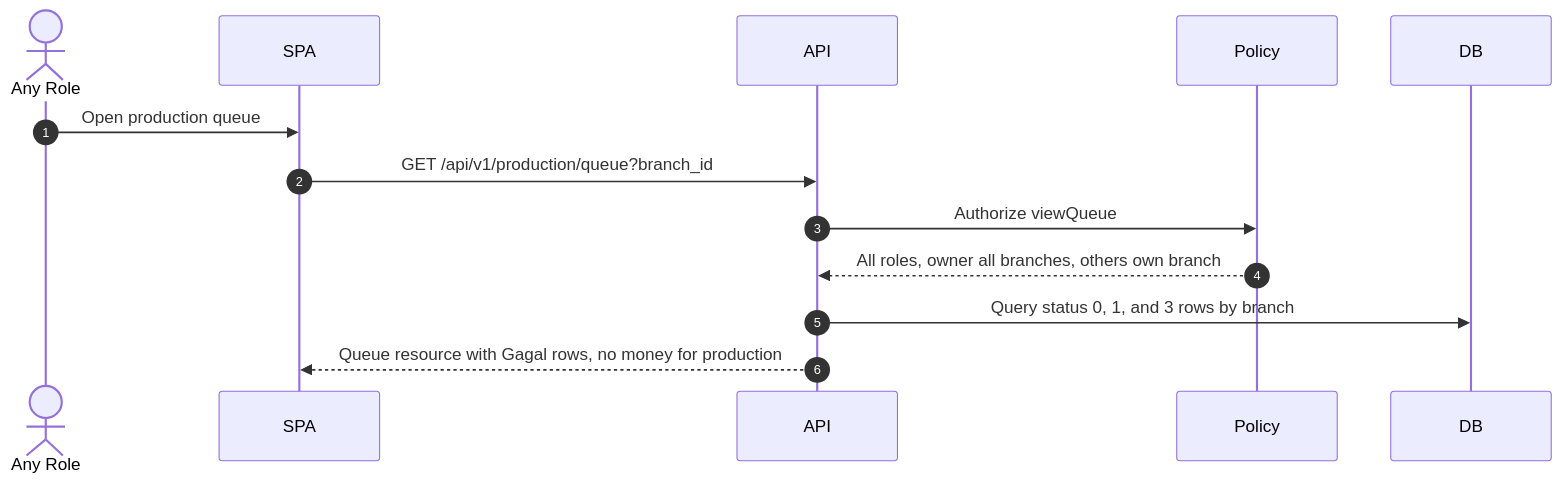
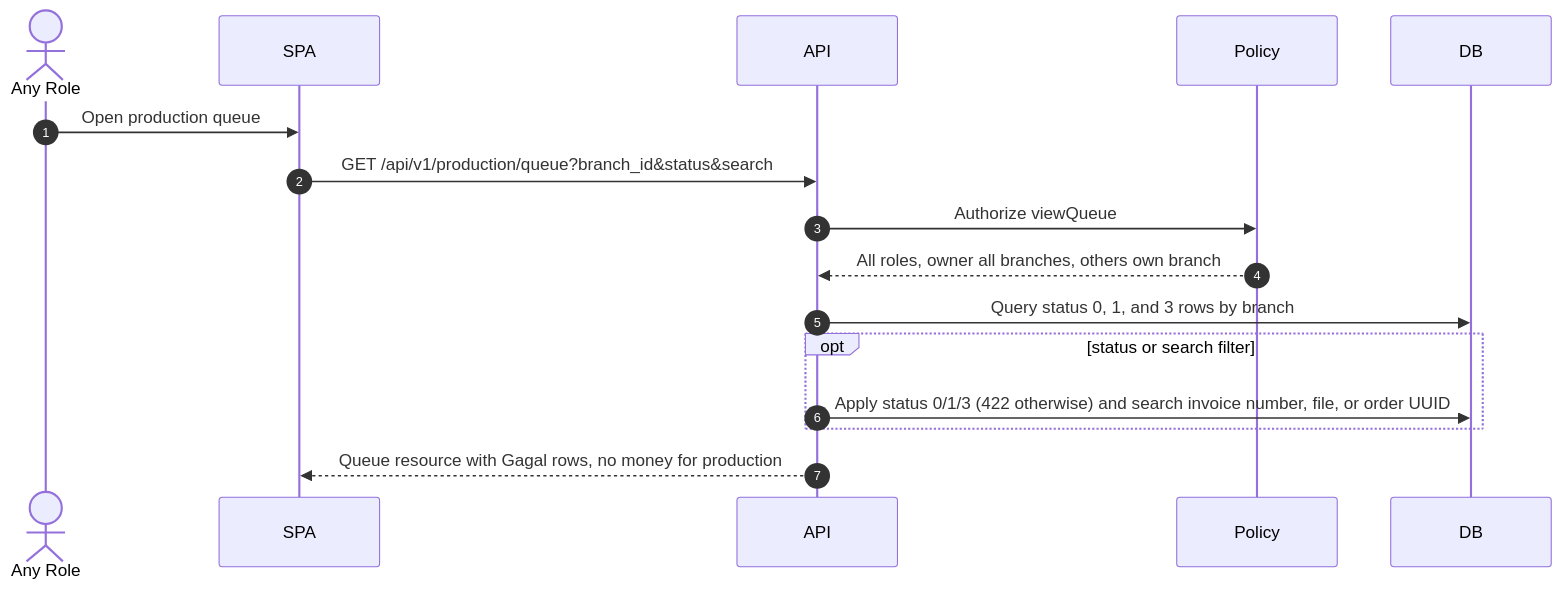
Diagram 15 of 22 in docs/architecture/sequence-diagrams.md (Arukast/pos_alja), drawn with Mermaid before and after one commit. The commit also changed other lines of this file and 16 other files, not shown here.

````diff
--- a/docs/architecture/sequence-diagrams.md
+++ b/docs/architecture/sequence-diagrams.md
@@ -399,16 +401,19 @@
 ```mermaid
 sequenceDiagram
     autonumber
     actor A as Any Role
     participant SPA
     participant API
     participant Policy
     participant DB
 
     A->>SPA: Open production queue
-    SPA->>API: GET /api/v1/production/queue?branch_id
+    SPA->>API: GET /api/v1/production/queue?branch_id&status&search
     API->>Policy: Authorize viewQueue
     Policy-->>API: All roles, owner all branches, others own branch
     API->>DB: Query status 0, 1, and 3 rows by branch
+    opt status or search filter
+        API->>DB: Apply status 0/1/3 (422 otherwise) and search invoice number, file, or order UUID
+    end
     API-->>SPA: Queue resource with Gagal rows, no money for production
 ```
````
